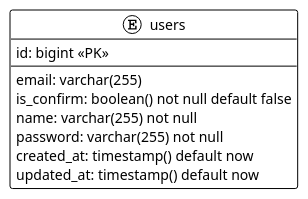
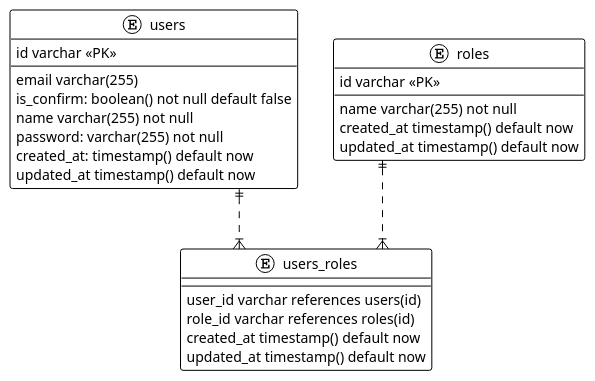
Before and after one commit to fredsonchaves07/movie-catch-api: the diagram in docs/database/database-tables.plantuml, drawn with PlantUML.

Commit message:
docs: role and users roles table

```diff
--- a/docs/database/database-tables.plantuml
+++ b/docs/database/database-tables.plantuml
@@ -1,17 +1,34 @@
 @startuml
 
 !theme plain
 top to bottom direction
 skinparam linetype ortho
 
 entity users {
-   id: bigint <<PK>>
-   email: varchar(255)
+   id varchar <<PK>>
+   email varchar(255)
    is_confirm: boolean() not null default false
-   name: varchar(255) not null
+   name varchar(255) not null
    password: varchar(255) not null
    created_at: timestamp() default now
-   updated_at: timestamp() default now
+   updated_at timestamp() default now
 }
 
+entity roles {
+   id varchar <<PK>>
+   name varchar(255) not null
+   created_at timestamp() default now
+   updated_at timestamp() default now
+}
+
+entity users_roles {
+   user_id varchar references users(id)
+   role_id varchar references roles(id)
+   created_at timestamp() default now
+   updated_at timestamp() default now
+}
+
+users ||..|{users_roles
+roles ||..|{users_roles
+
 @enduml
```
